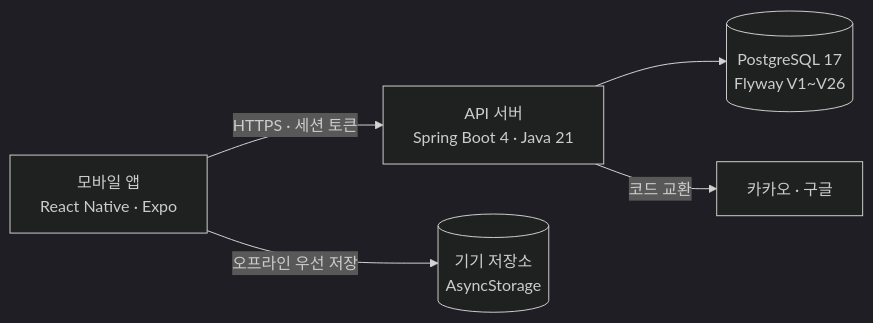
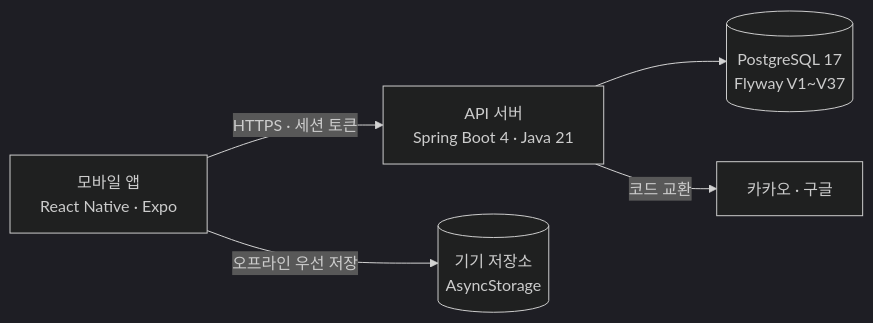
One commit to yoo-jin-k/rufit-backend changed the diagram in README.md. Above: the diagram before and after it, drawn with Mermaid (dark theme). The commit also changed other lines of this file, not shown here.

Commit message:
docs: README의 마이그레이션·테이블 수를 최신 기준으로 수정
[mod]
1. Flyway V1~V37, 앱 테이블 37개로 수정

````diff
--- a/README.md
+++ b/README.md
@@ -96,7 +96,7 @@
 ```mermaid
 flowchart LR
   App["모바일 앱<br/>React Native · Expo"] -->|HTTPS · 세션 토큰| API["API 서버<br/>Spring Boot 4 · Java 21"]
   App -->|오프라인 우선 저장| Local[("기기 저장소<br/>AsyncStorage")]
-  API --> DB[("PostgreSQL 17<br/>Flyway V1~V26")]
+  API --> DB[("PostgreSQL 17<br/>Flyway V1~V37")]
   API -->|코드 교환| Provider["카카오 · 구글"]
 ```
````
